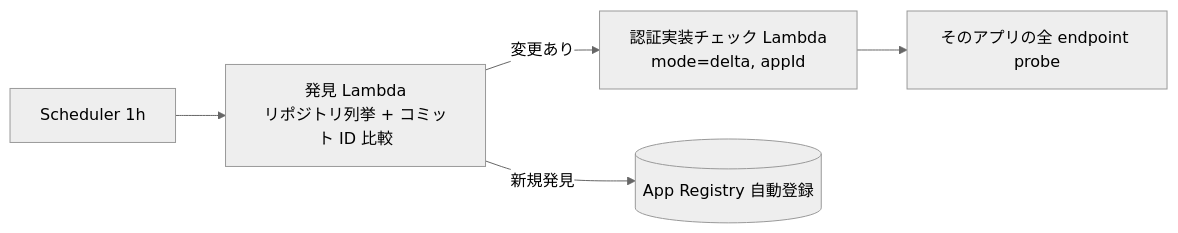
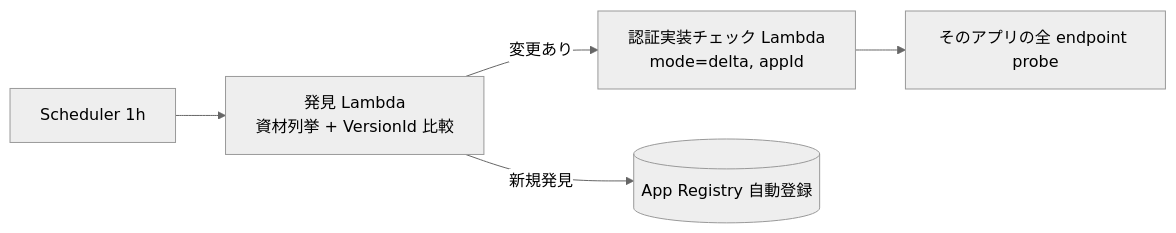
One commit to suepie/aws-atuh-poc changed the second of 2 diagrams in doc/api-platform/basic-design/18-scan-modes-and-scheduling.md. Above: the diagram before and after it, drawn with Mermaid (neutral theme). The commit also changed other lines of this file and 16 other files, not shown here.

````diff
--- a/doc/api-platform/basic-design/18-scan-modes-and-scheduling.md
+++ b/doc/api-platform/basic-design/18-scan-modes-and-scheduling.md
@@ -73,7 +73,7 @@
 ```mermaid
 flowchart LR
-    SCH[Scheduler 1h] --> DISC[発見 Lambda<br/>リポジトリ列挙 + コミット ID 比較]
+    SCH[Scheduler 1h] --> DISC[発見 Lambda<br/>資材列挙 + VersionId 比較]
     DISC -->|変更あり| L[認証実装チェック Lambda<br/>mode=delta, appId]
     DISC -->|新規発見| REG[(App Registry 自動登録)]
     L --> P[そのアプリの全 endpoint probe]
 ```
````
